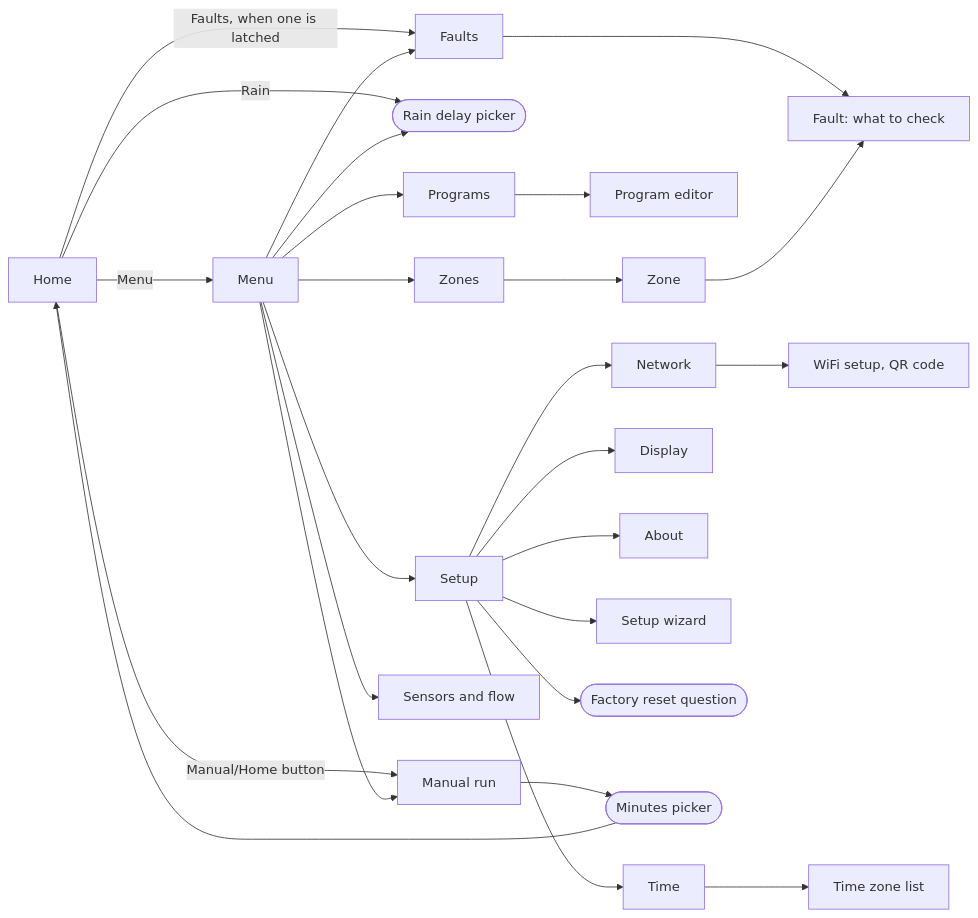
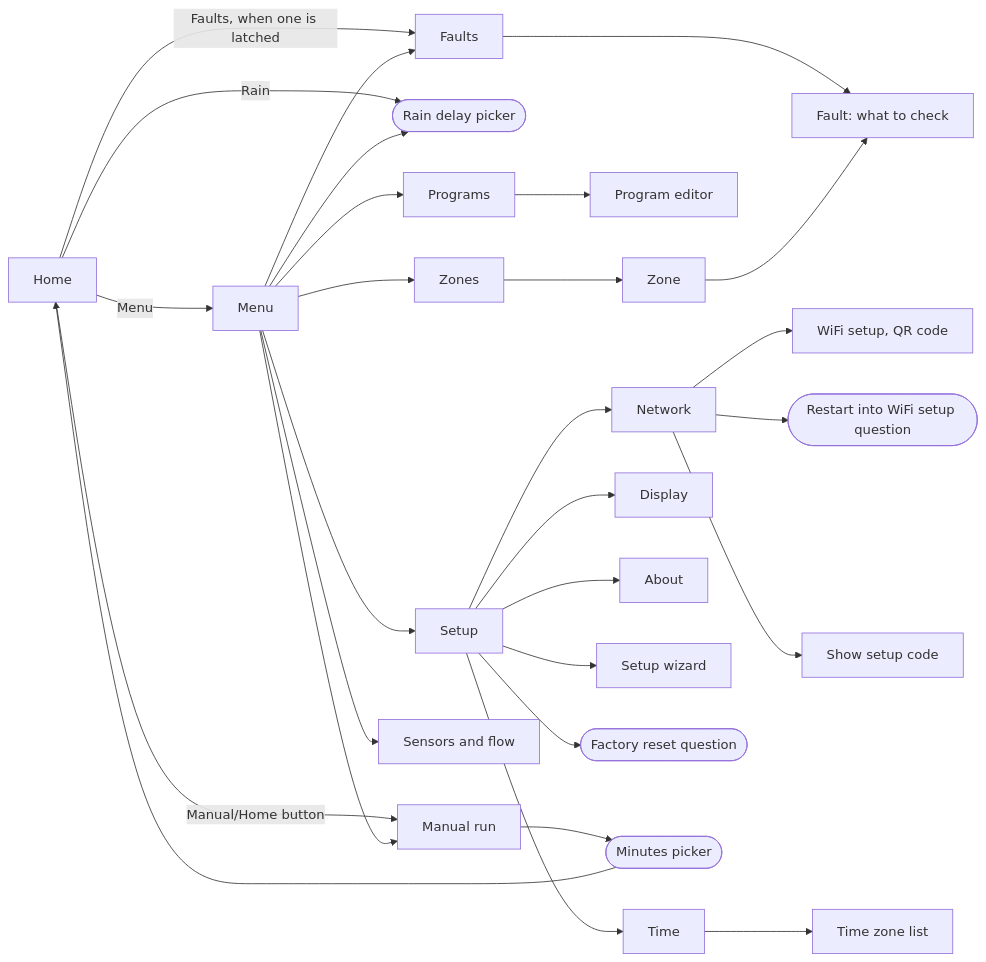
Before and after one commit to syntroniks/zoneflow: the diagram in docs/design/display-ui.md, drawn with Mermaid. The commit also changed other lines of this file and 101 other files, not shown here.

````diff
--- a/docs/design/display-ui.md
+++ b/docs/design/display-ui.md
@@ -91,23 +96,25 @@
 ```mermaid
 flowchart LR
     home[Home]
     home -->|Manual/Home button| manual[Manual run]
     home -->|Rain| rain([Rain delay picker])
     home -->|Faults, when one is latched| faults
     home -->|Menu| menu[Menu]
     menu --> manual
     menu --> zones[Zones] --> zone[Zone]
     menu --> programs[Programs] --> program[Program editor]
     menu --> rain
     menu --> sensors[Sensors and flow]
     menu --> faults[Faults] --> fault[Fault: what to check]
     menu --> setup[Setup]
     zone --> fault
     setup --> network[Network] --> prov[WiFi setup, QR code]
+    network --> reprov([Restart into WiFi setup question])
+    network --> code[Show setup code]
     setup --> time[Time] --> tz[Time zone list]
     setup --> display[Display]
     setup --> about[About]
     setup --> wizard[Setup wizard]
     setup --> reset([Factory reset question])
     manual --> minutes([Minutes picker]) --> home
 ```
````
